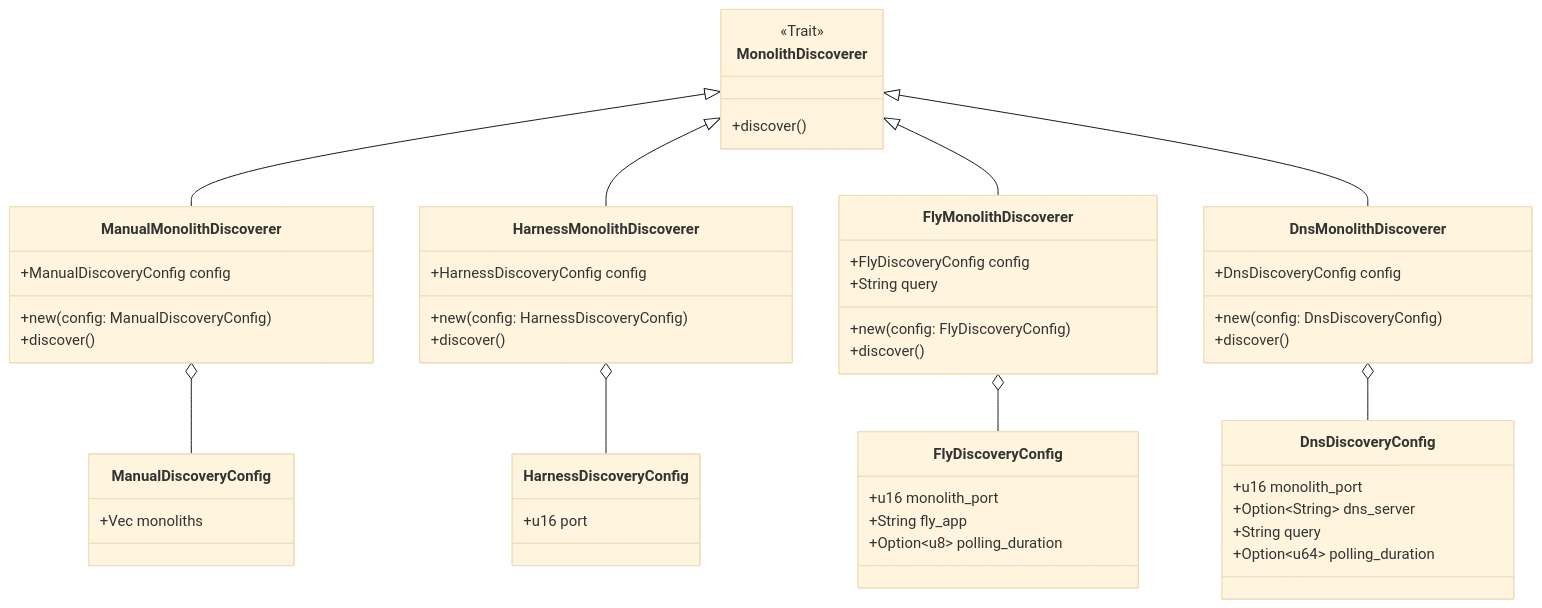
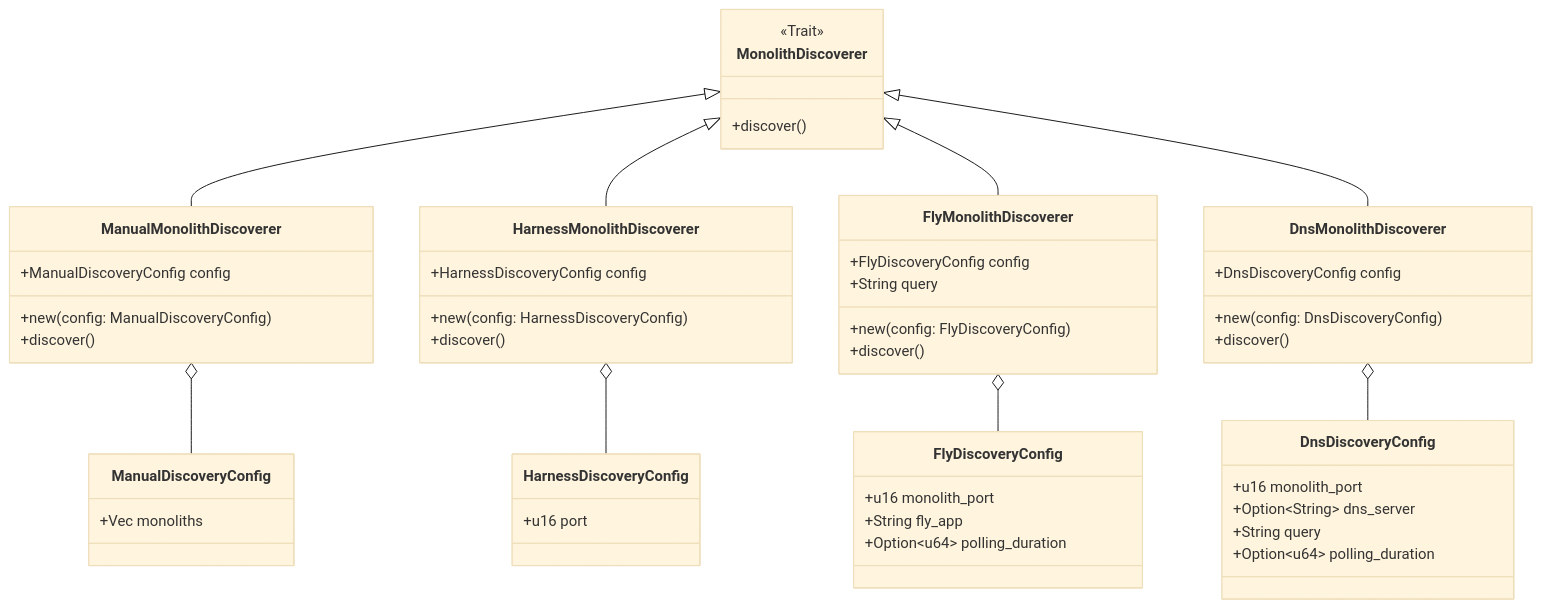
One commit to dyc3/senior-design changed the diagram in figures/discovery/monolith-discoverers.mmd. Above: the diagram before and after it, drawn with Mermaid (base theme). The commit also changed 1 other file, not shown here.

Commit message:
forgot to update FlyDiscoveryConfig

```diff
--- a/figures/discovery/monolith-discoverers.mmd
+++ b/figures/discovery/monolith-discoverers.mmd
@@ -1,48 +1,48 @@
 classDiagram
     direction BT
     class MonolithDiscoverer {
         <<Trait>>
         +discover()
     }
     ManualMonolithDiscoverer --|> MonolithDiscoverer
     HarnessMonolithDiscoverer --|> MonolithDiscoverer
     FlyMonolithDiscoverer --|> MonolithDiscoverer
     DnsMonolithDiscoverer --|> MonolithDiscoverer
 
     DnsDiscoveryConfig --o DnsMonolithDiscoverer
     DnsDiscoveryConfig : +u16 monolith_port
     DnsDiscoveryConfig : +Option~String~ dns_server
     DnsDiscoveryConfig : +String query
     DnsDiscoveryConfig : +Option~u64~ polling_duration
     class DnsMonolithDiscoverer{
         +DnsDiscoveryConfig config
         +new(config: DnsDiscoveryConfig)
         +discover()
     }
 
     FlyDiscoveryConfig --o FlyMonolithDiscoverer
     FlyDiscoveryConfig : +u16 monolith_port
     FlyDiscoveryConfig : +String fly_app
-    FlyDiscoveryConfig : +Option~u8~ polling_duration
+    FlyDiscoveryConfig : +Option~u64~ polling_duration
     class FlyMonolithDiscoverer{
         +FlyDiscoveryConfig config
         +String query
         +new(config: FlyDiscoveryConfig)
         +discover()
     }
 
     ManualDiscoveryConfig --o ManualMonolithDiscoverer
     ManualDiscoveryConfig : +Vec monoliths
     class ManualMonolithDiscoverer{
         +ManualDiscoveryConfig config
         +new(config: ManualDiscoveryConfig)
         +discover()
     }
 
     HarnessDiscoveryConfig --o HarnessMonolithDiscoverer
     HarnessDiscoveryConfig : +u16 port
     class HarnessMonolithDiscoverer{
         +HarnessDiscoveryConfig config
         +new(config: HarnessDiscoveryConfig)
         +discover()
     }
```
